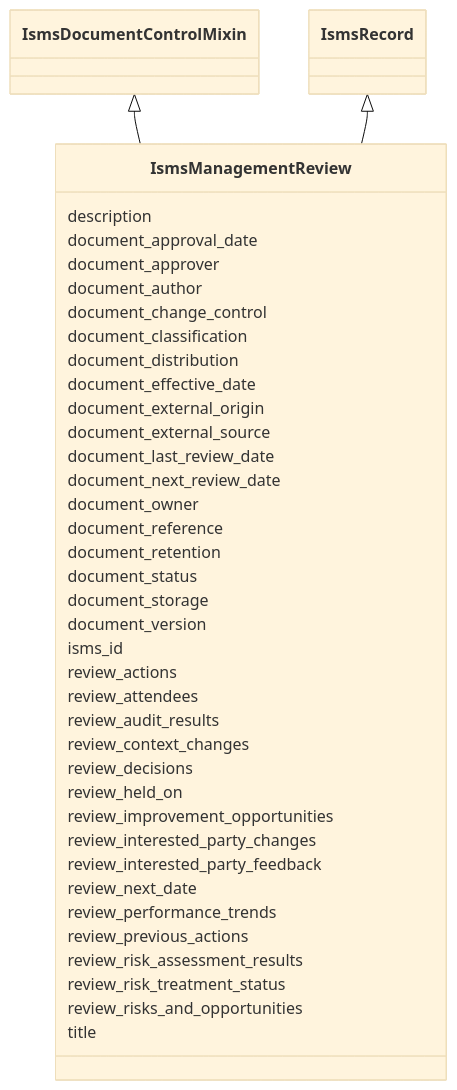
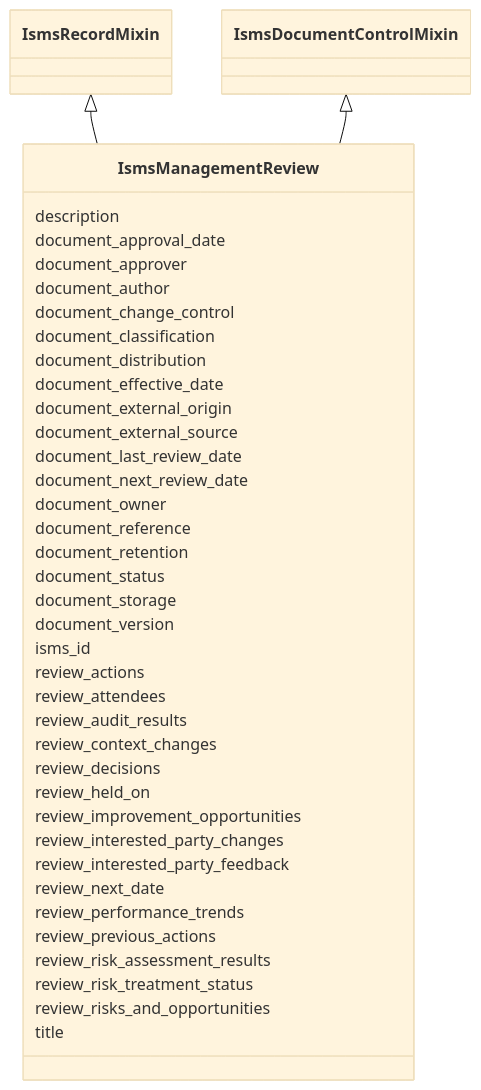
Before and after one commit to lmodel/iso27001: the diagram in project/mermaid/IsmsManagementReview.md, drawn with Mermaid (base theme). The commit also changed 171 other files, not shown here.

Commit message:
refactor(schema): make the record base a mixin so adapt can root records

````diff
--- a/project/mermaid/IsmsManagementReview.md
+++ b/project/mermaid/IsmsManagementReview.md
@@ -4,81 +4,81 @@
 ```mermaid
  classDiagram
     class IsmsManagementReview
     click IsmsManagementReview href "../IsmsManagementReview"
+      IsmsRecordMixin <|-- IsmsManagementReview
+        click IsmsRecordMixin href "../IsmsRecordMixin"
       IsmsDocumentControlMixin <|-- IsmsManagementReview
         click IsmsDocumentControlMixin href "../IsmsDocumentControlMixin"
-      IsmsRecord <|-- IsmsManagementReview
-        click IsmsRecord href "../IsmsRecord"
       
       IsmsManagementReview : description
         
       IsmsManagementReview : document_approval_date
         
       IsmsManagementReview : document_approver
         
       IsmsManagementReview : document_author
         
       IsmsManagementReview : document_change_control
         
       IsmsManagementReview : document_classification
         
       IsmsManagementReview : document_distribution
         
       IsmsManagementReview : document_effective_date
         
       IsmsManagementReview : document_external_origin
         
       IsmsManagementReview : document_external_source
         
       IsmsManagementReview : document_last_review_date
         
       IsmsManagementReview : document_next_review_date
         
       IsmsManagementReview : document_owner
         
       IsmsManagementReview : document_reference
         
       IsmsManagementReview : document_retention
         
       IsmsManagementReview : document_status
         
       IsmsManagementReview : document_storage
         
       IsmsManagementReview : document_version
         
       IsmsManagementReview : isms_id
         
       IsmsManagementReview : review_actions
         
       IsmsManagementReview : review_attendees
         
       IsmsManagementReview : review_audit_results
         
       IsmsManagementReview : review_context_changes
         
       IsmsManagementReview : review_decisions
         
       IsmsManagementReview : review_held_on
         
       IsmsManagementReview : review_improvement_opportunities
         
       IsmsManagementReview : review_interested_party_changes
         
       IsmsManagementReview : review_interested_party_feedback
         
       IsmsManagementReview : review_next_date
         
       IsmsManagementReview : review_performance_trends
         
       IsmsManagementReview : review_previous_actions
         
       IsmsManagementReview : review_risk_assessment_results
         
       IsmsManagementReview : review_risk_treatment_status
         
       IsmsManagementReview : review_risks_and_opportunities
         
       IsmsManagementReview : title
         
       
 ```
````
